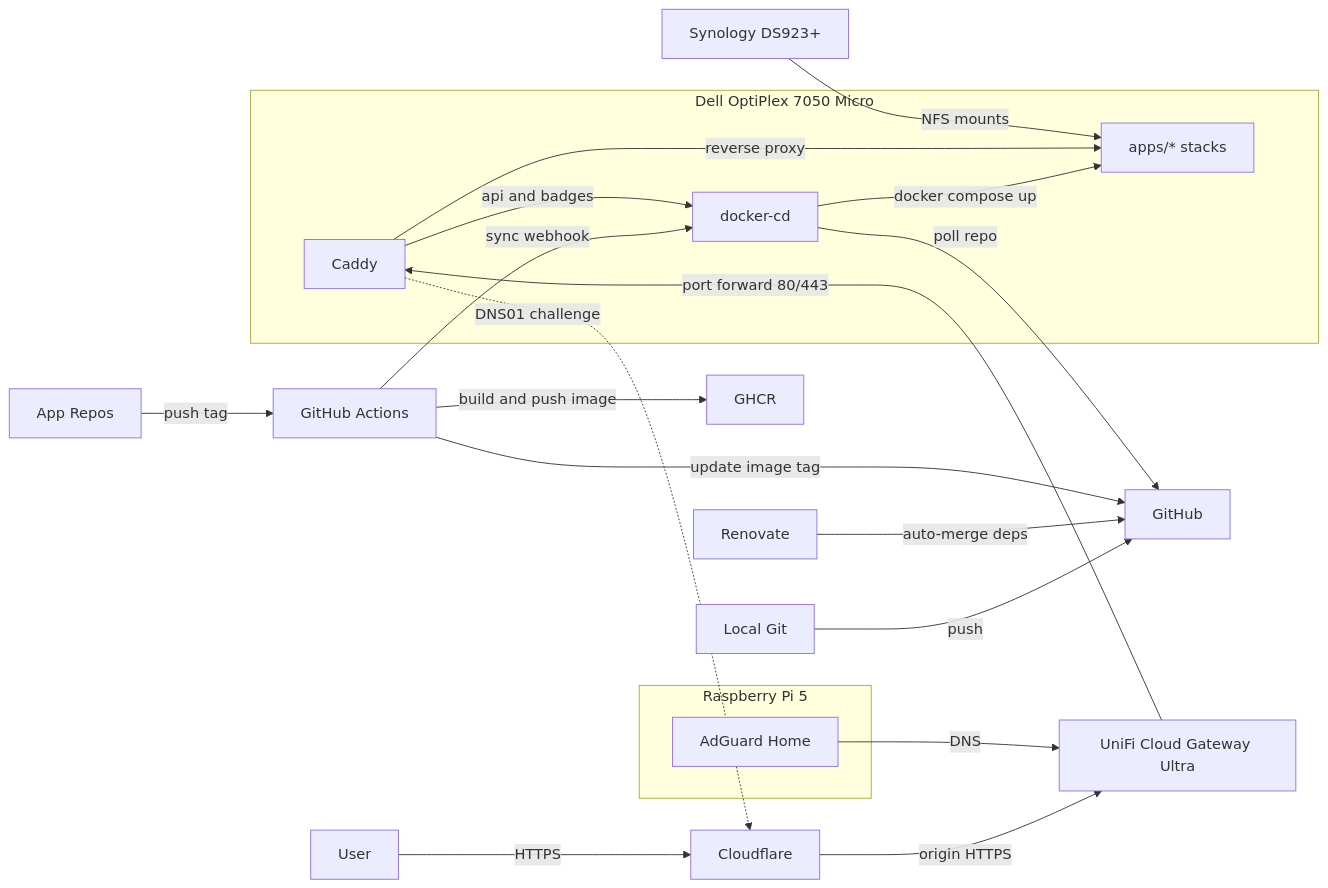
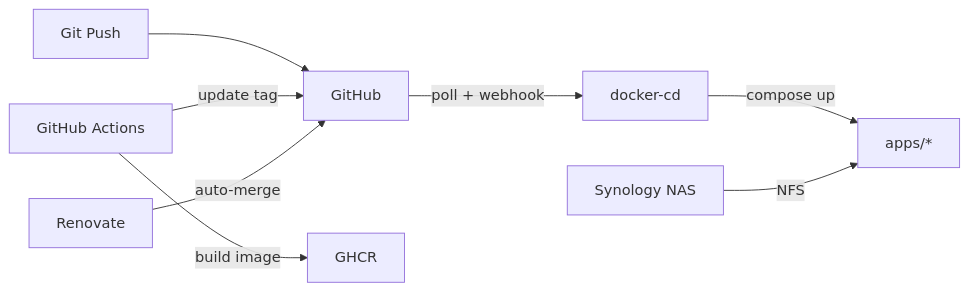
One commit to wajeht/home-ops changed the first of 2 diagrams in README.md. Above: the diagram before and after it, drawn with Mermaid. The commit also changed other lines of this file, not shown here.

Commit message:
docs: update architecture diagram and overview

````diff
--- a/README.md
+++ b/README.md
@@ -16,31 +18,10 @@
 ```mermaid
 flowchart LR
-    subgraph dell[Dell OptiPlex 7050 Micro]
-        docker_cd[docker-cd]
-        caddy[Caddy]
-        apps[apps/* stacks]
-    end
-
-    subgraph pi[Raspberry Pi 5]
-        adguard[AdGuard Home]
-    end
-
-    local_git[Local Git] -->|push| github[GitHub]
-    app_repo[App Repos] -->|push tag| actions[GitHub Actions]
-    renovate[Renovate] -->|auto-merge deps| github
-    actions -->|build and push image| ghcr[GHCR]
-    actions -->|update image tag| github
-    docker_cd -->|poll repo| github
-    actions -->|sync webhook| docker_cd
-
-    user[User] -->|HTTPS| cloudflare[Cloudflare]
-    cloudflare -->|origin HTTPS| unifi[UniFi Cloud Gateway Ultra]
-    adguard -->|DNS| unifi
-
-    docker_cd -->|docker compose up| apps
-    caddy -->|reverse proxy| apps
-    caddy -->|api and badges| docker_cd
-    unifi -->|port forward 80/443| caddy
-    caddy -.->|DNS01 challenge| cloudflare
-    nas[Synology DS923+] -->|NFS mounts| apps
+    git[Git Push] --> github[GitHub]
+    actions[GitHub Actions] -->|build image| ghcr[GHCR]
+    actions -->|update tag| github
+    renovate[Renovate] -->|auto-merge| github
+    github -->|poll + webhook| docker_cd[docker-cd]
+    docker_cd -->|compose up| apps[apps/*]
+    nas[Synology NAS] -->|NFS| apps
 ```
````
